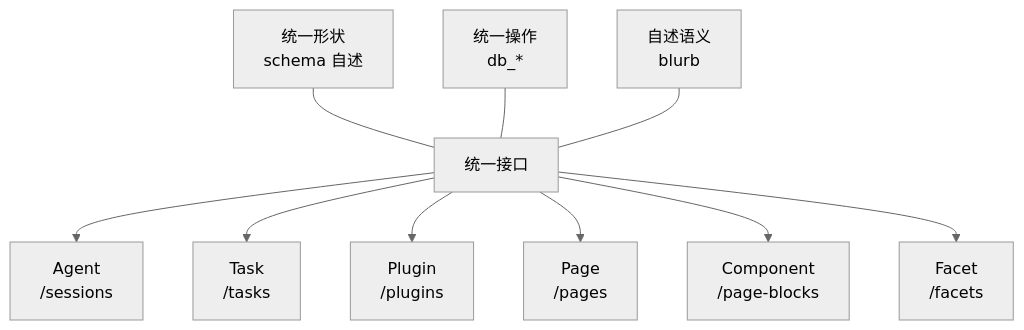
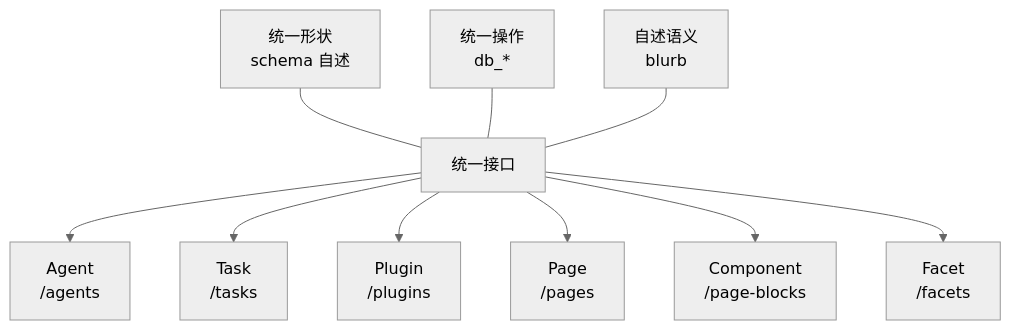
Before and after one commit to helloooooooooooooo97/BIU: the first of 2 diagrams in README.zh-CN.md, drawn with Mermaid (neutral theme). The commit also changed other lines of this file and 67 other files, not shown here.

Commit message:
Move the agent table and HTTP API from /sessions to /agents. Collection path, db_* blurbs, and /api/agents are the new names. Old /sessions lookups and /api/sessions requests still resolve. Stored collection keys migrate in schema v41. Login and shell sessions stay put.

````diff
--- a/README.zh-CN.md
+++ b/README.zh-CN.md
@@ -231,16 +231,16 @@
 ```mermaid
 flowchart TB
   API["统一接口"]
   Shape["统一形状<br/>schema 自述"]
   Verb["统一操作<br/>db_*"]
   Say["自述语义<br/>blurb"]
   Shape --- API
   Verb --- API
   Say --- API
-  API --> A["Agent<br/>/sessions"]
+  API --> A["Agent<br/>/agents"]
   API --> T["Task<br/>/tasks"]
   API --> L["Plugin<br/>/plugins"]
   API --> P["Page<br/>/pages"]
   API --> C["Component<br/>/page-blocks"]
   API --> F["Facet<br/>/facets"]
 ```
````
